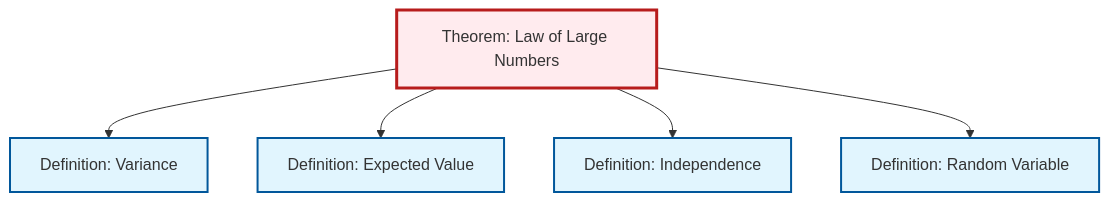
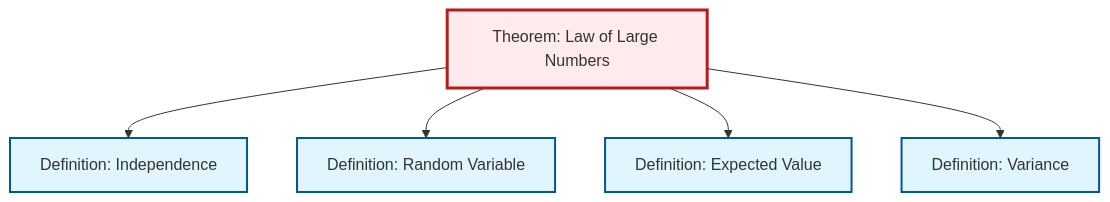
One commit to RK0429/ModernMath changed the second of 2 diagrams in content/ja/probability-statistics/thm-law-of-large-numbers.qmd. Above: the diagram before and after it, drawn with Mermaid. The commit also changed other lines of this file and 497 other files, not shown here.

````diff
--- a/content/ja/probability-statistics/thm-law-of-large-numbers.qmd
+++ b/content/ja/probability-statistics/thm-law-of-large-numbers.qmd
@@ -89,23 +89,23 @@
 ```{mermaid}
 %%| fig-cap: "Local dependency graph"
 graph TD
     classDef definition fill:#e1f5fe,stroke:#01579b,stroke-width:2px
     classDef theorem fill:#f3e5f5,stroke:#4a148c,stroke-width:2px
     classDef axiom fill:#fff3e0,stroke:#e65100,stroke-width:2px
     classDef example fill:#e8f5e9,stroke:#1b5e20,stroke-width:2px
     classDef current fill:#ffebee,stroke:#b71c1c,stroke-width:3px
+    def-random-variable["Definition: Random Variable"]:::definition
+    def-variance["Definition: Variance"]:::definition
     def-expectation["Definition: Expected Value"]:::definition
-    def-random-variable["Definition: Random Variable"]:::definition
+    thm-law-of-large-numbers["Theorem: Law of Large Numbers"]:::theorem
     def-independence["Definition: Independence"]:::definition
-    def-variance["Definition: Variance"]:::definition
-    thm-law-of-large-numbers["Theorem: Law of Large Numbers"]:::theorem
-    thm-law-of-large-numbers --> def-variance
-    thm-law-of-large-numbers --> def-expectation
     thm-law-of-large-numbers --> def-independence
     thm-law-of-large-numbers --> def-random-variable
+    thm-law-of-large-numbers --> def-expectation
+    thm-law-of-large-numbers --> def-variance
     class thm-law-of-large-numbers current
+    click def-random-variable "def-random-variable.html" "Definition: Random Variableへ"
+    click def-variance "def-variance.html" "Definition: Varianceへ"
     click def-expectation "def-expectation.html" "Definition: Expected Valueへ"
-    click def-random-variable "def-random-variable.html" "Definition: Random Variableへ"
     click def-independence "def-independence.html" "Definition: Independenceへ"
-    click def-variance "def-variance.html" "Definition: Varianceへ"
 ```
````
